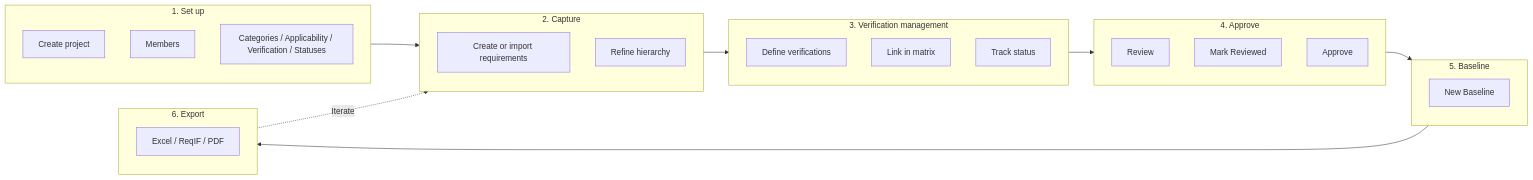
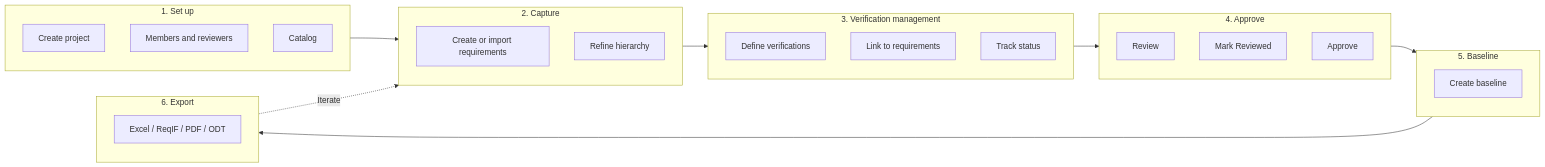
The diagram in docs/user-manual/workflow.md (MarreqSW/Marreq), drawn with Mermaid before and after one commit. The commit also changed other lines of this file and 29 other files, not shown here.

````diff
--- a/docs/user-manual/workflow.md
+++ b/docs/user-manual/workflow.md
@@ -22,30 +22,30 @@
 ```mermaid
 flowchart LR
   subgraph setup [1. Set up]
     A[Create project]
-    B[Members]
-    C[Categories / Applicability / Verification / Statuses]
+    B[Members and reviewers]
+    C[Catalog]
   end
   subgraph capture [2. Capture]
     D[Create or import requirements]
     E[Refine hierarchy]
   end
   subgraph test [3. Verification management]
     F[Define verifications]
-    G[Link in matrix]
+    G[Link to requirements]
     H[Track status]
   end
   subgraph approve [4. Approve]
     I[Review]
     J[Mark Reviewed]
     K[Approve]
   end
   subgraph baseline [5. Baseline]
-    L[New Baseline]
+    L[Create baseline]
   end
   subgraph export [6. Export]
-    M[Excel / ReqIF / PDF]
+    M[Excel / ReqIF / PDF / ODT]
   end
   setup --> capture --> test --> approve --> baseline --> export
   export -.->|"Iterate"| capture
 ```
````
